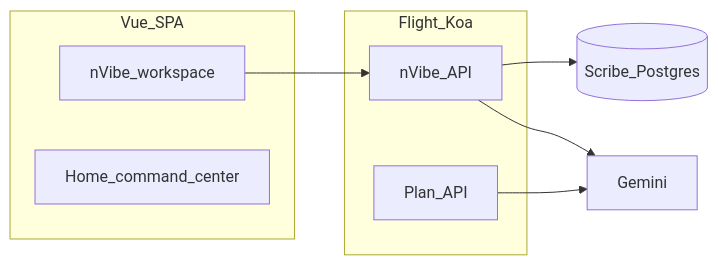
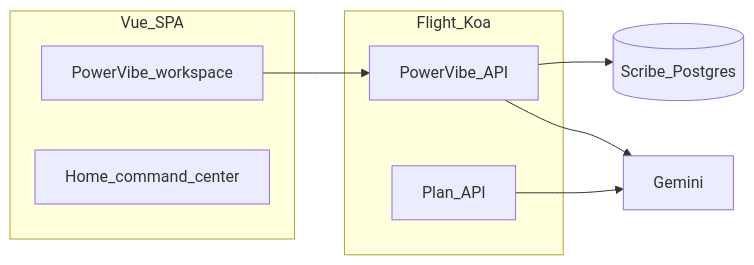
The diagram in README.md (thoughtpivot/kota0), drawn with Mermaid before and after one commit. The commit also changed other lines of this file and 111 other files, not shown here.

````diff
--- a/README.md
+++ b/README.md
@@ -122,17 +120,17 @@
 ```mermaid
 flowchart LR
   subgraph ui [Vue_SPA]
-    Workspace[nVibe_workspace]
+    Workspace[PowerVibe_workspace]
     Home[Home_command_center]
   end
   subgraph runtime [Flight_Koa]
-    NvibeAPI[nVibe_API]
+    PowervibeAPI[PowerVibe_API]
     PlanAPI[Plan_API]
   end
   Scribe[(Scribe_Postgres)]
   Gemini[Gemini]
-  Workspace --> NvibeAPI
-  NvibeAPI --> Scribe
-  NvibeAPI --> Gemini
+  Workspace --> PowervibeAPI
+  PowervibeAPI --> Scribe
+  PowervibeAPI --> Gemini
   PlanAPI --> Gemini
 ```
````
